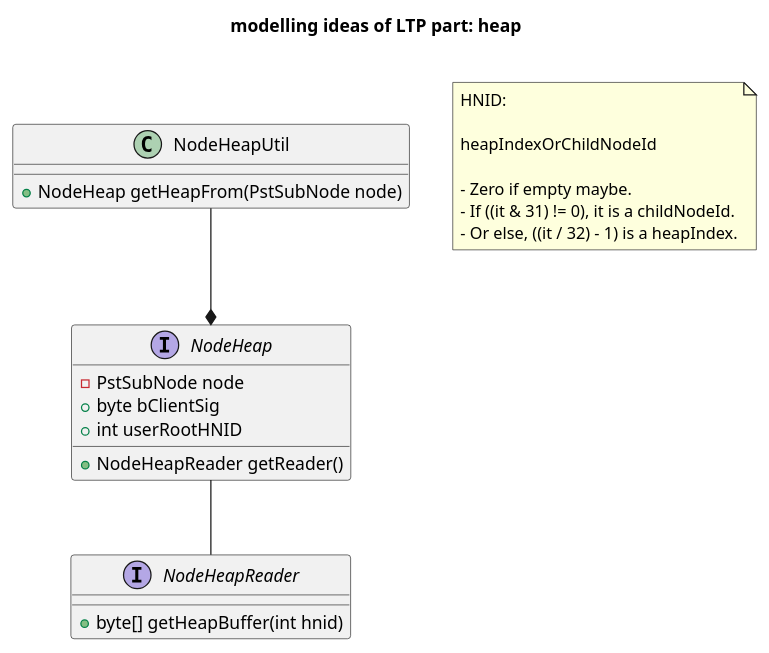
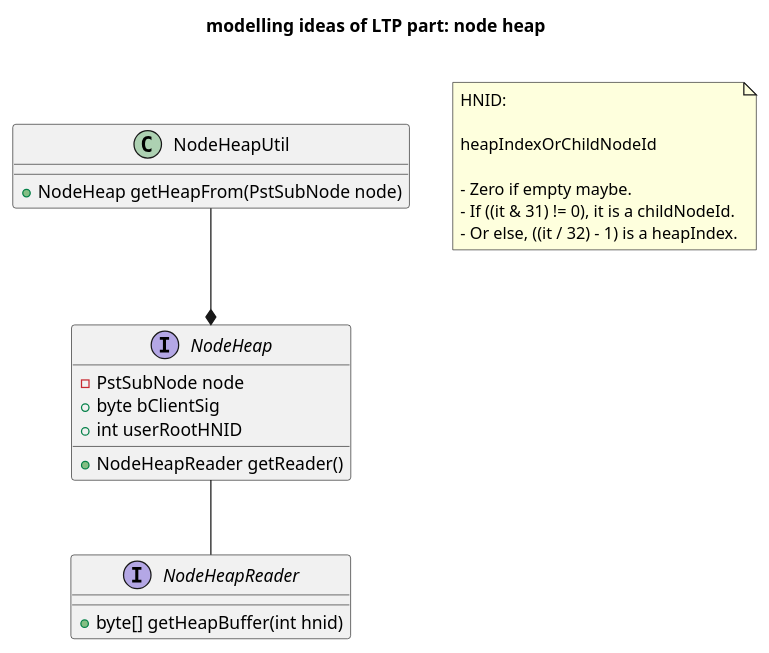
The third of 6 diagrams in plantuml/base.plantuml (Kris-LIBIS/ruby-msg), drawn with PlantUML before and after one commit. The commit also changed other lines of this file and 4 other files, not shown here.

```diff
--- a/plantuml/base.plantuml
+++ b/plantuml/base.plantuml
@@ -70,31 +70,31 @@
 @startuml ltp_heap
-title modelling ideas of LTP part: heap\n
+title modelling ideas of LTP part: node heap\n
 class NodeHeapUtil {
     + NodeHeap getHeapFrom(PstSubNode node)
 }
 
 interface NodeHeap {
     - PstSubNode node
     + byte bClientSig
     + int userRootHNID
 
     + NodeHeapReader getReader()
 }
 
 interface NodeHeapReader {
     + byte[] getHeapBuffer(int hnid)
 }
 
 note as N1
     HNID:
 
     heapIndexOrChildNodeId
 
     - Zero if empty maybe.
     - If ((it & 31) != 0), it is a childNodeId.
     - Or else, ((it / 32) - 1) is a heapIndex.
 end note
 
 NodeHeapUtil --* NodeHeap
 NodeHeap -- NodeHeapReader
 @enduml
```
